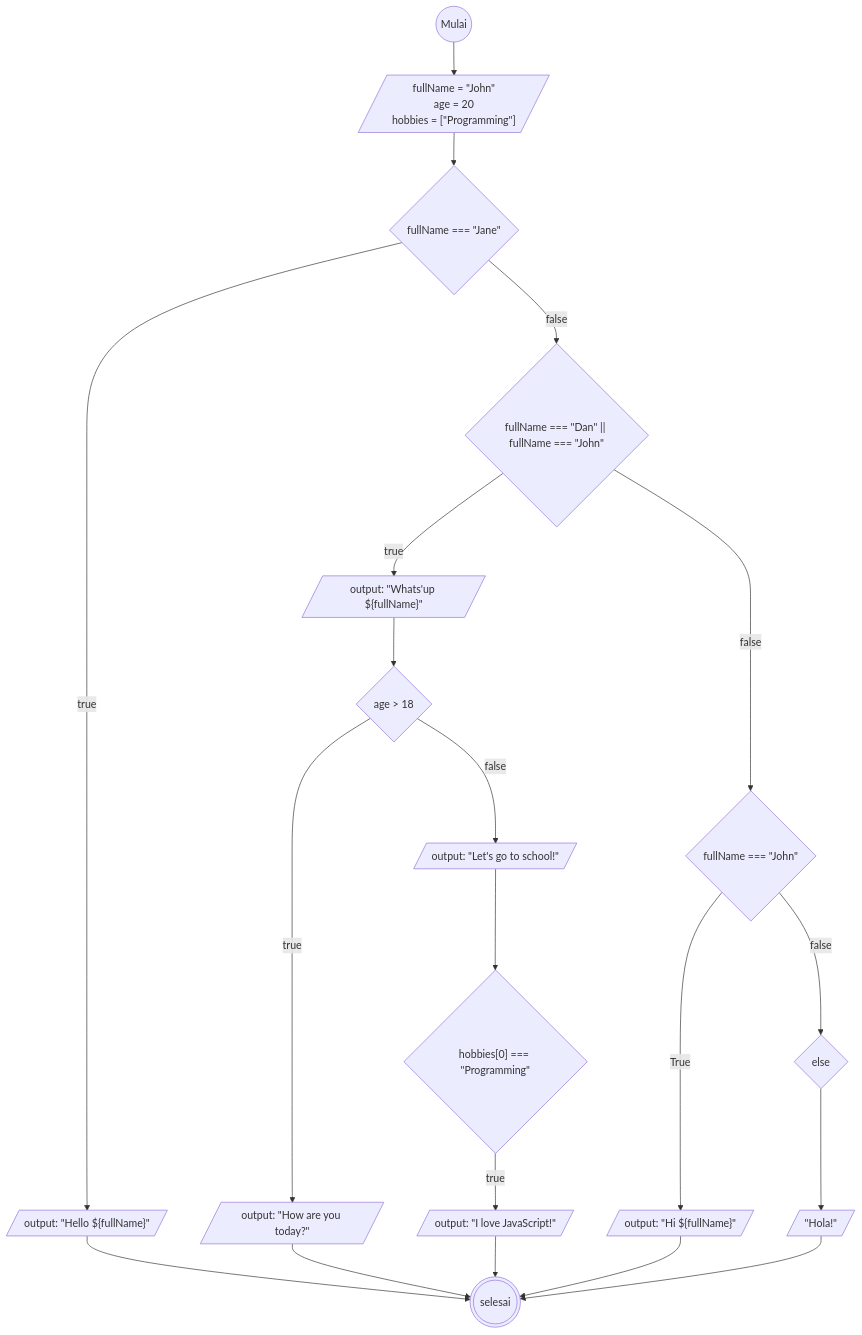
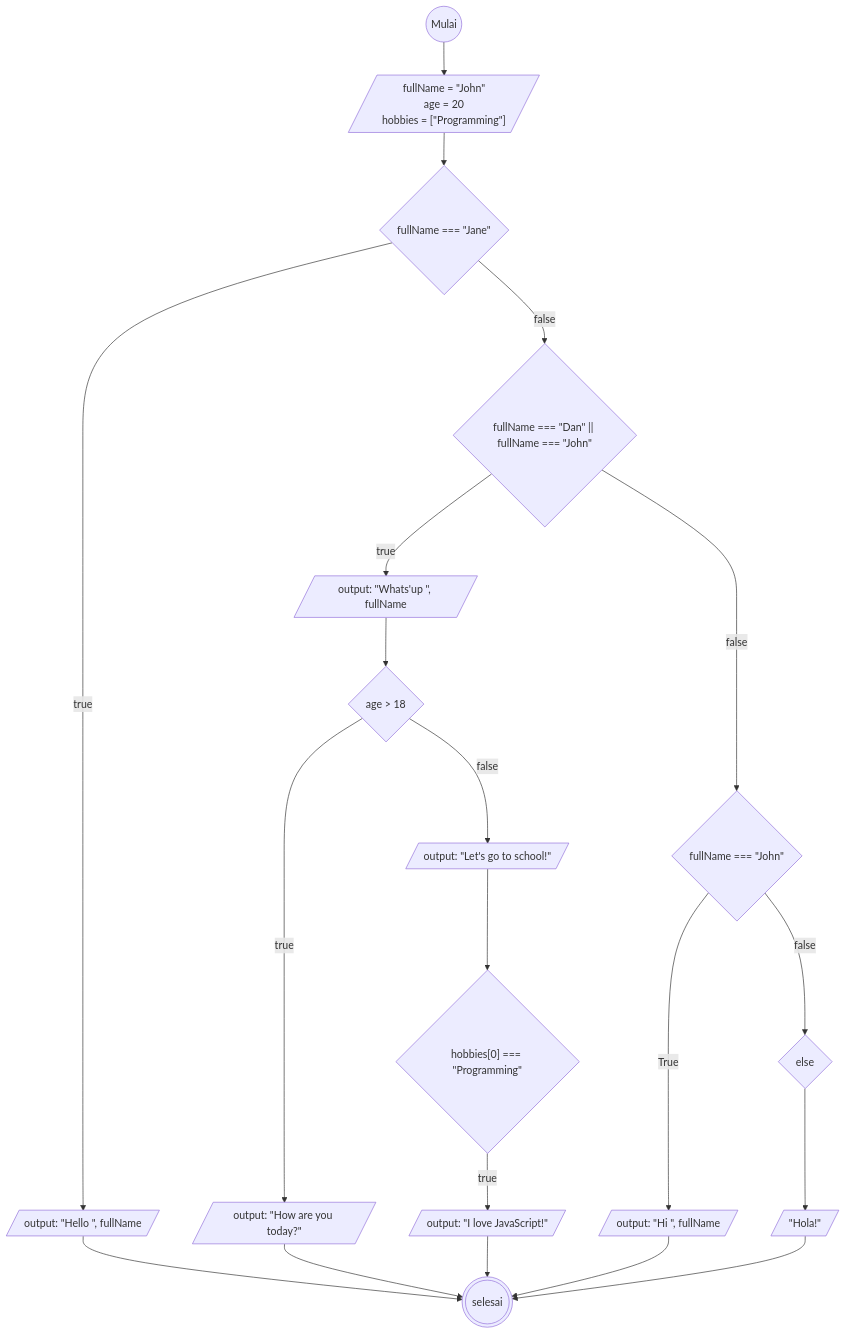
The diagram in task3.md (mslthn/koda-b6-javascript1), drawn with Mermaid before and after one commit.

````diff
--- a/task3.md
+++ b/task3.md
@@ -1,43 +1,43 @@
 ```mermaid
 flowchart TD
     mulai@{ shape: circ, label: "Mulai"}
     selesai@{shape: dbl-circ}
     def@{shape: lean-r, label: "fullName = #quot;John#quot;
     age = 20
     hobbies = [#quot;Programming#quot;]"}
 
     ifJane@{shape: diamond, label: "fullName === #quot;Jane#quot;"}
-    benarJane@{shape: lean-r, label: "output: #quot;Hello ${fullName}#quot;"}
+    benarJane@{shape: lean-r, label: "output: #quot;Hello #quot;, fullName"}
 
     ifDanJohn@{shape: diamond, label: "fullName === #quot;Dan#quot; || fullName === #quot;John#quot;"}
-    outDanJohn@{shape: lean-r, label: "output: #quot;Whats'up ${fullName}#quot;"}
+    outDanJohn@{shape: lean-r, label: "output: #quot;Whats'up #quot;, fullName"}
 
     ifJohn@{shape: diamond, label: "fullName === #quot;John#quot;"}
-    benarJohn@{shape: lean-r, label: "output: #quot;Hi ${fullName}#quot;"}
+    benarJohn@{shape: lean-r, label: "output: #quot;Hi #quot;, fullName"}
 
     else@{shape: diamond}
     hola@{shape: lean-r, label: "#quot;Hola!#quot;"}
 
     if18@{shape: diamond, label: "age > 18"}
     benar18@{shape: lean-r, label: "output: #quot;How are you today?#quot;"}
     salah18@{shape: lean-r, label: "output: #quot;Let's go to school!#quot;"}
 
     ifHobi@{shape: diamond, label: "hobbies[0] === #quot;Programming#quot;"}
     benarHobi@{shape: lean-r, label: "output: #quot;I love JavaScript!#quot;"}
 
 
     
 
 mulai-->def-->ifJane
 ifJane-->|true| benarJane-->selesai
 ifJane-->|false| ifDanJohn
 ifDanJohn-->|true| outDanJohn-->if18
 if18-->|true| benar18-->selesai
 if18-->|false| salah18
 salah18-->ifHobi
 ifHobi-->|true| benarHobi-->selesai
 
 ifDanJohn-->|false| ifJohn
 ifJohn-->|True| benarJohn-->selesai
 ifJohn-->|false| else-->hola-->selesai
 ```
````
